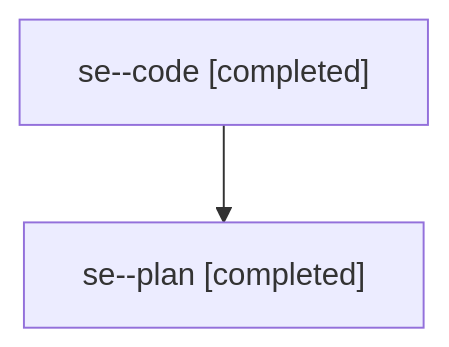
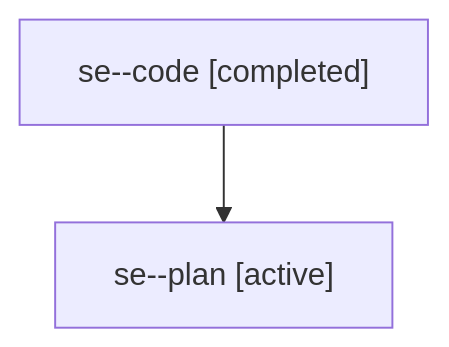
The diagram in families/bbugyi200.athena.se.md (sase-org/sase--agents), drawn with Mermaid before and after one commit. The commit also changed other lines of this file and 5813 other files, not shown here.

````diff
--- a/families/bbugyi200.athena.se.md
+++ b/families/bbugyi200.athena.se.md
@@ -9,6 +9,6 @@
 ```mermaid
 flowchart TD
   n0["se--code [completed]"]
-  n1["se--plan [completed]"]
+  n1["se--plan [active]"]
   n0 --> n1
 ```
````
